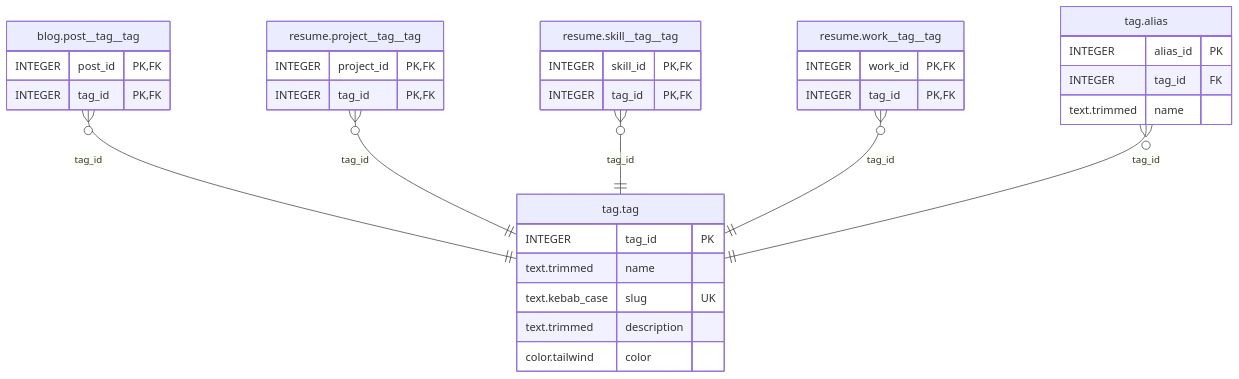
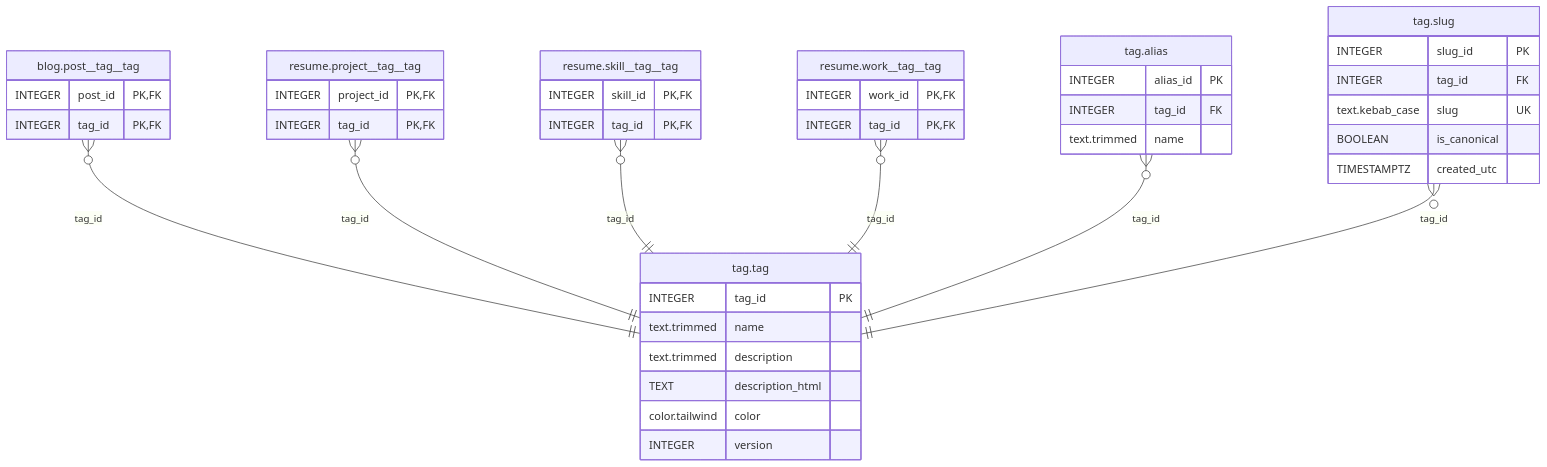
The diagram in docs/schema/tag.tag.md (OlsonDev/josholson.dev), drawn with Mermaid before and after one commit. The commit also changed other lines of this file and 46 other files, not shown here.

````diff
--- a/docs/schema/tag.tag.md
+++ b/docs/schema/tag.tag.md
@@ -49,43 +51,53 @@
 ```mermaid
 erDiagram
 
 "blog.post__tag__tag" }o--|| "tag.tag" : "tag_id"
 "resume.project__tag__tag" }o--|| "tag.tag" : "tag_id"
 "resume.skill__tag__tag" }o--|| "tag.tag" : "tag_id"
 "resume.work__tag__tag" }o--|| "tag.tag" : "tag_id"
 "tag.alias" }o--|| "tag.tag" : "tag_id"
+"tag.slug" }o--|| "tag.tag" : "tag_id"
 
 "tag.tag" {
   INTEGER tag_id PK
   text.trimmed name
-  text.kebab_case slug UK
   text.trimmed description
+  TEXT description_html
   color.tailwind color
+  INTEGER version
 }
 
 "blog.post__tag__tag" {
   INTEGER post_id PK, FK
   INTEGER tag_id PK, FK
 }
 
 "resume.project__tag__tag" {
   INTEGER project_id PK, FK
   INTEGER tag_id PK, FK
 }
 
 "resume.skill__tag__tag" {
   INTEGER skill_id PK, FK
   INTEGER tag_id PK, FK
 }
 
 "resume.work__tag__tag" {
   INTEGER work_id PK, FK
   INTEGER tag_id PK, FK
 }
 
 "tag.alias" {
   INTEGER alias_id PK
   INTEGER tag_id FK
   text.trimmed name
 }
+
+"tag.slug" {
+  INTEGER slug_id PK
+  INTEGER tag_id FK
+  text.kebab_case slug UK
+  BOOLEAN is_canonical
+  TIMESTAMPTZ created_utc
+}
 ```
````
